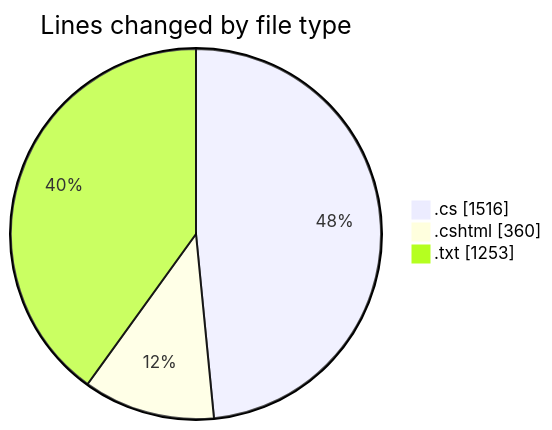
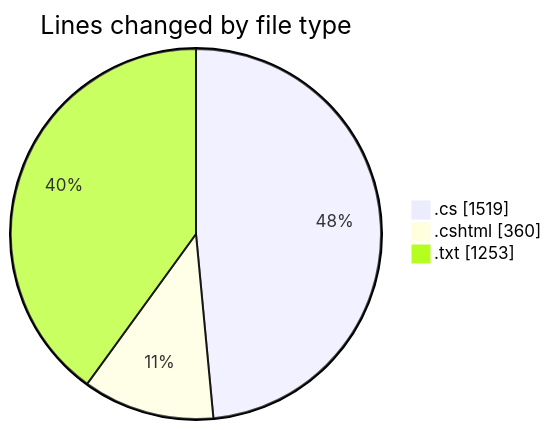
The first of 2 diagrams in 2025-07-24/quanlyrapchieuphim-1/README.md (lephambinh05/code-tracking), drawn with Mermaid before and after one commit. The commit also changed other lines of this file and 1 other file, not shown here.

````diff
--- a/2025-07-24/quanlyrapchieuphim-1/README.md
+++ b/2025-07-24/quanlyrapchieuphim-1/README.md
@@ -26,7 +26,7 @@
 ```mermaid
 pie showData
 title Lines changed by file type
-".cs" : 1516
+".cs" : 1519
 ".cshtml" : 360
 ".txt" : 1253
 ```
````
